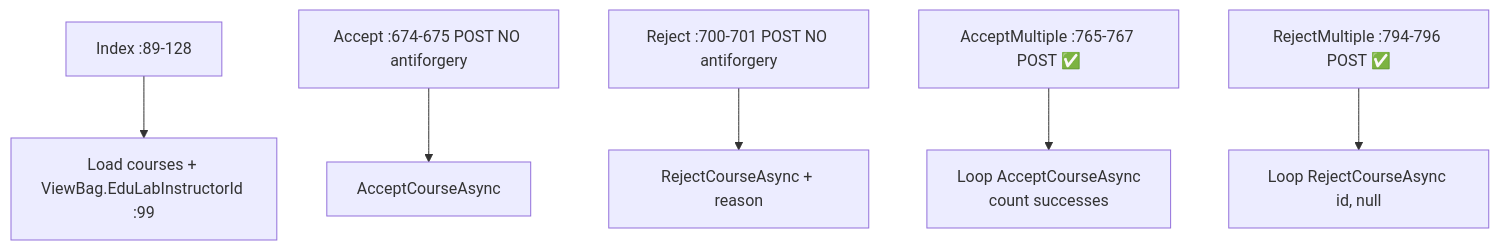
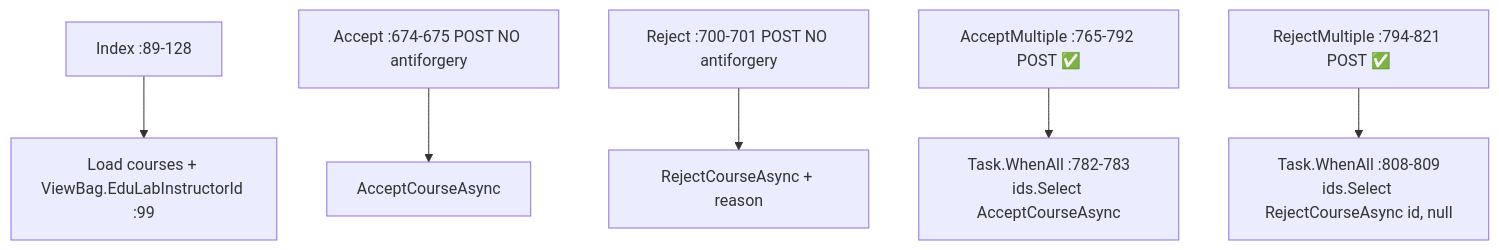
One commit to MohamedGasser15/Education-Lab changed the first of 5 diagrams in Documentation/Modules/MVC/Admin/CourseController.md. Above: the diagram before and after it, drawn with Mermaid. The commit also changed other lines of this file and 20 other files, not shown here.

Commit message:
docs(modules): update system architecture and module documentation

````diff
--- a/Documentation/Modules/MVC/Admin/CourseController.md
+++ b/Documentation/Modules/MVC/Admin/CourseController.md
@@ -87,8 +87,8 @@
 ```mermaid
 flowchart TD
     A[Index :89-128] --> B[Load courses + ViewBag.EduLabInstructorId :99]
     C[Accept :674-675 POST NO antiforgery] --> D[AcceptCourseAsync]
     E[Reject :700-701 POST NO antiforgery] --> F[RejectCourseAsync + reason]
-    G[AcceptMultiple :765-767 POST ✅] --> H[Loop AcceptCourseAsync<br/>count successes]
-    I[RejectMultiple :794-796 POST ✅] --> J[Loop RejectCourseAsync id, null]
+    G[AcceptMultiple :765-792 POST ✅] --> H[Task.WhenAll :782-783<br/>ids.Select AcceptCourseAsync]
+    I[RejectMultiple :794-821 POST ✅] --> J[Task.WhenAll :808-809<br/>ids.Select RejectCourseAsync id, null]
 ```
````
